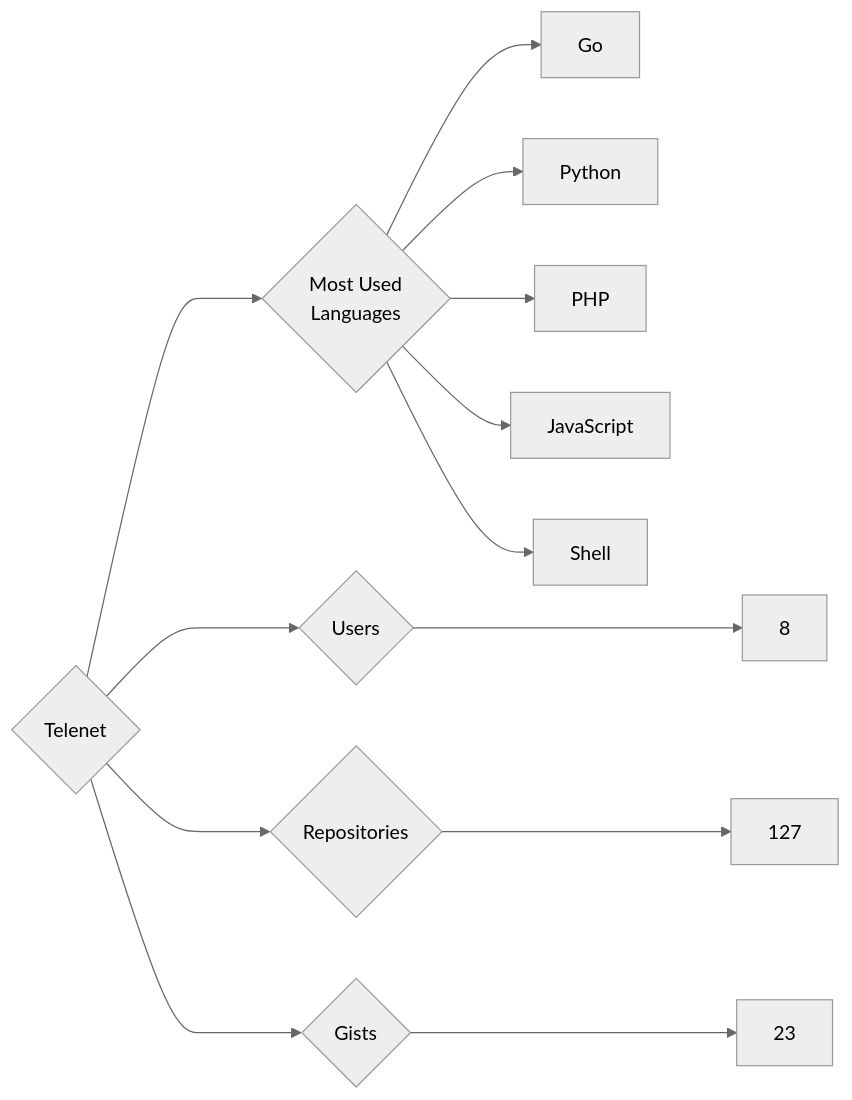
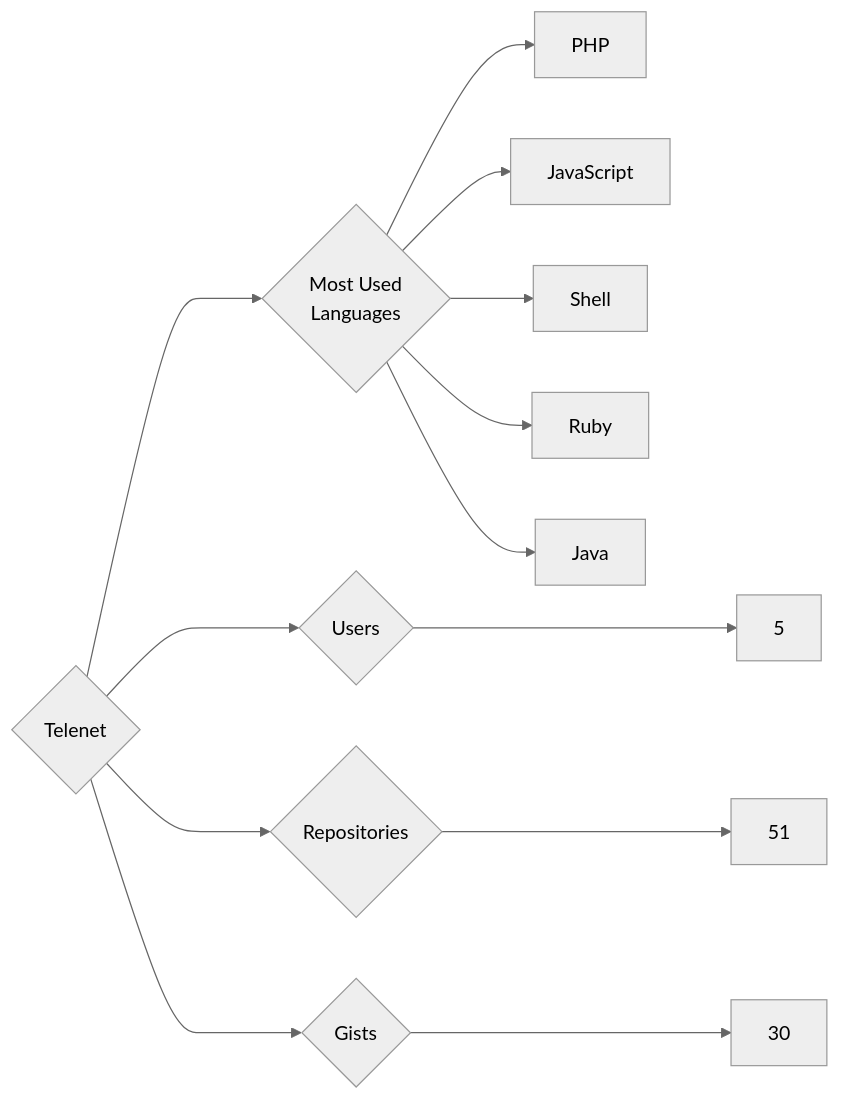
Before and after one commit to trickest/insiders: the diagram in targets/Telenet/README.md, drawn with Mermaid (neutral theme). The commit also changed 1479 other files, not shown here.

````diff
--- a/targets/Telenet/README.md
+++ b/targets/Telenet/README.md
@@ -3,13 +3,13 @@
 ```mermaid
 graph LR
 COMPANY_NAME{Telenet}
-COMPANY_NAME ---> U{Users} ---> UN[8]
-COMPANY_NAME ---> R{Repositories} ---> RN[127]
-COMPANY_NAME ---> G{Gists} ---> GN[23]
+COMPANY_NAME ---> U{Users} ---> UN[5]
+COMPANY_NAME ---> R{Repositories} ---> RN[51]
+COMPANY_NAME ---> G{Gists} ---> GN[30]
 COMPANY_NAME ---> ML{Most Used<br>Languages}
-ML --> Go[Go]
-ML --> Python[Python]
 ML --> PHP[PHP]
 ML --> JavaScript[JavaScript]
 ML --> Shell[Shell]
+ML --> Ruby[Ruby]
+ML --> Java[Java]
 ```
````
